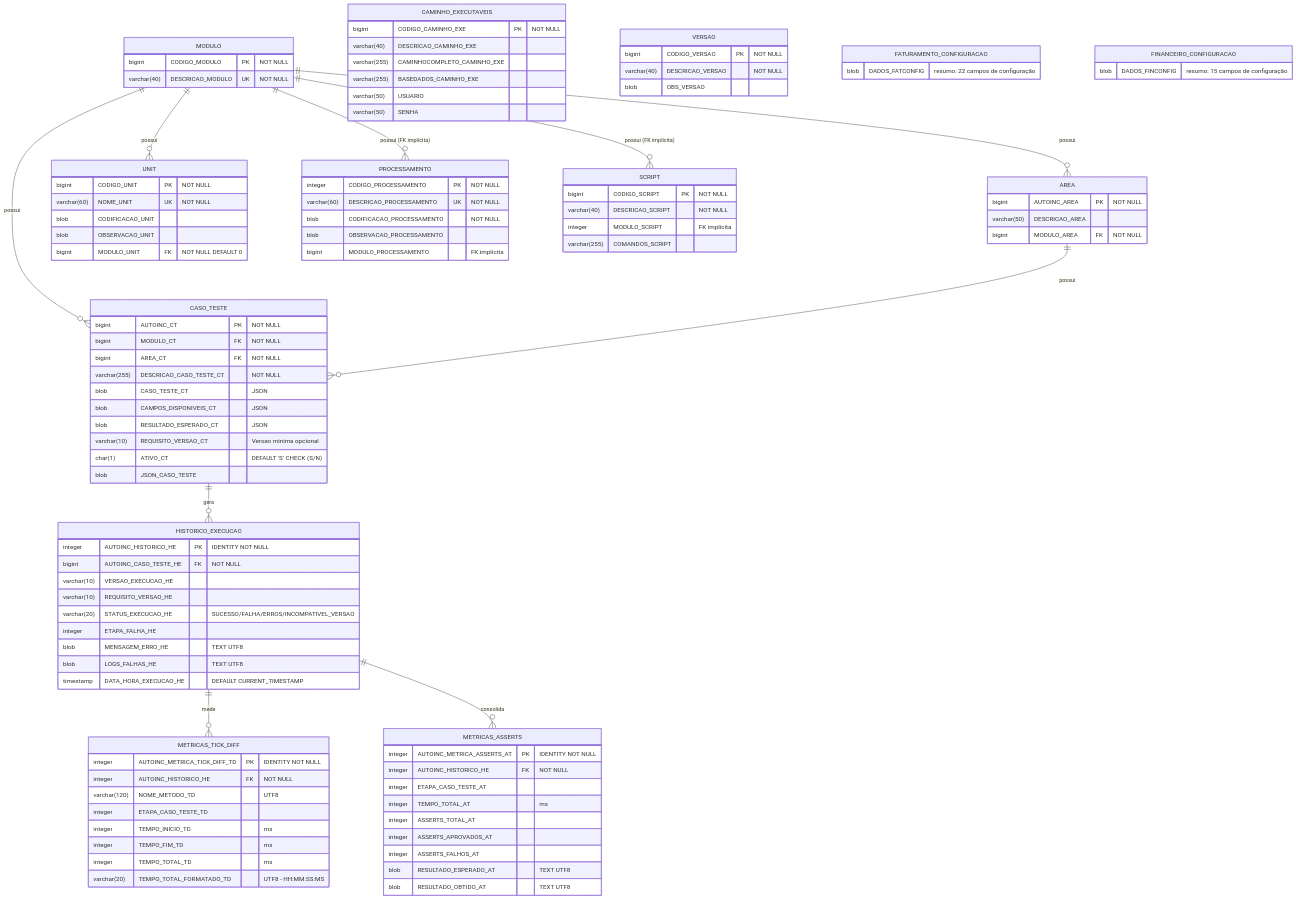
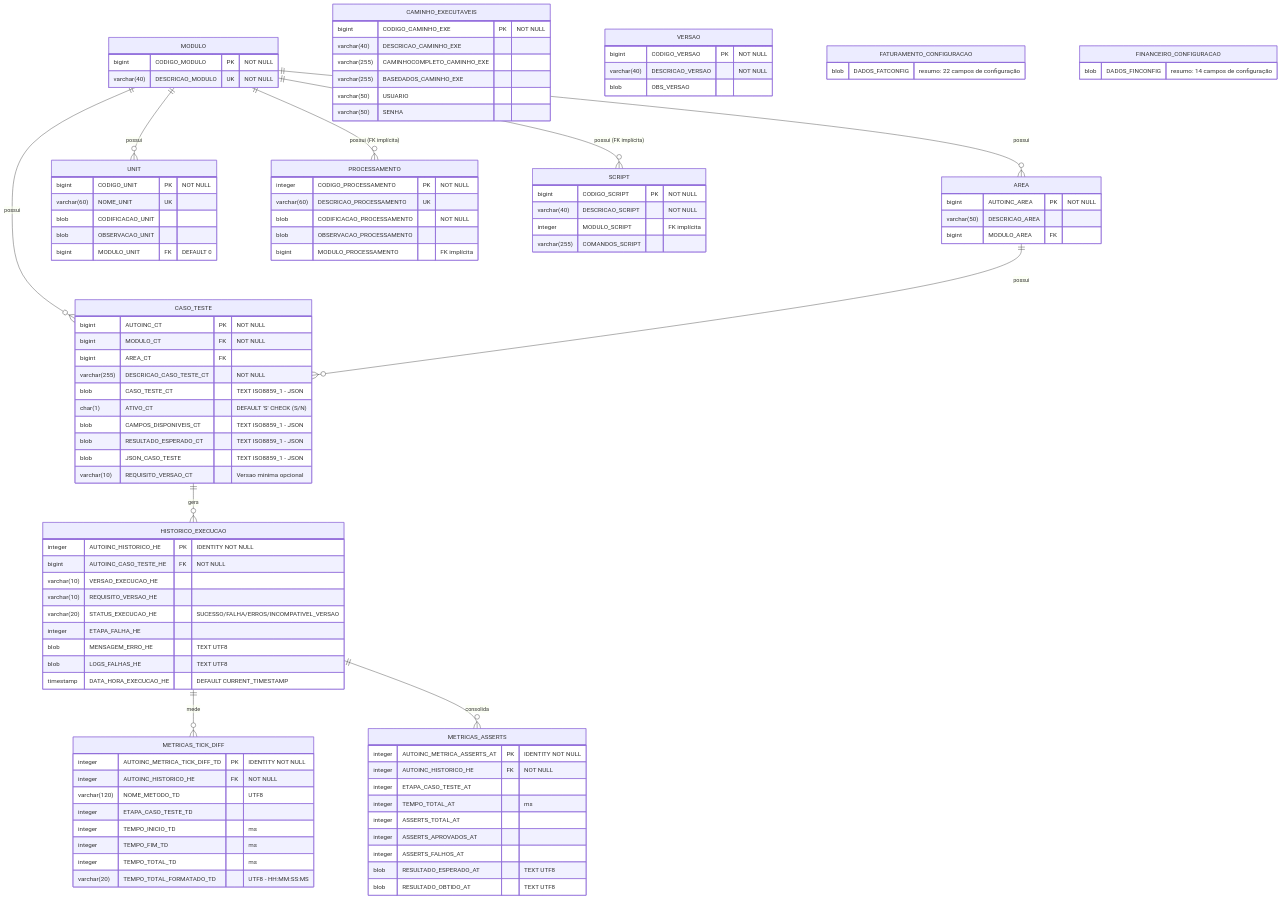
The diagram in docs/MER.md (ModulosTestesAutomatizados/TestesAutomatizadosERP), drawn with Mermaid before and after one commit. The commit also changed other lines of this file and 4 other files, not shown here.

```diff
--- a/docs/MER.md
+++ b/docs/MER.md
@@ -13,19 +13,19 @@
     AREA {
         bigint AUTOINC_AREA PK "NOT NULL"
         varchar(50) DESCRICAO_AREA
-        bigint MODULO_AREA FK "NOT NULL"
+        bigint MODULO_AREA FK
     }
     CASO_TESTE {
         bigint AUTOINC_CT PK "NOT NULL"
         bigint MODULO_CT FK "NOT NULL"
-        bigint AREA_CT FK "NOT NULL"
+        bigint AREA_CT FK
         varchar(255) DESCRICAO_CASO_TESTE_CT "NOT NULL"
-        blob CASO_TESTE_CT "JSON"
-        blob CAMPOS_DISPONIVEIS_CT "JSON"
-        blob RESULTADO_ESPERADO_CT "JSON"
+        blob CASO_TESTE_CT "TEXT ISO8859_1 - JSON"
+        char(1) ATIVO_CT "DEFAULT 'S' CHECK (S/N)"
+        blob CAMPOS_DISPONIVEIS_CT "TEXT ISO8859_1 - JSON"
+        blob RESULTADO_ESPERADO_CT "TEXT ISO8859_1 - JSON"
+        blob JSON_CASO_TESTE "TEXT ISO8859_1 - JSON"
         varchar(10) REQUISITO_VERSAO_CT "Versao minima opcional"
-        char(1) ATIVO_CT "DEFAULT 'S' CHECK (S/N)"
-        blob JSON_CASO_TESTE
     }
     HISTORICO_EXECUCAO {
         integer AUTOINC_HISTORICO_HE PK "IDENTITY NOT NULL"
@@ -61,14 +61,14 @@
     }
     UNIT {
         bigint CODIGO_UNIT PK "NOT NULL"
-        varchar(60) NOME_UNIT UK "NOT NULL"
+        varchar(60) NOME_UNIT UK
         blob CODIFICACAO_UNIT
         blob OBSERVACAO_UNIT
-        bigint MODULO_UNIT FK "NOT NULL DEFAULT 0"
+        bigint MODULO_UNIT FK "DEFAULT 0"
     }
     PROCESSAMENTO {
         integer CODIGO_PROCESSAMENTO PK "NOT NULL"
-        varchar(60) DESCRICAO_PROCESSAMENTO UK "NOT NULL"
+        varchar(60) DESCRICAO_PROCESSAMENTO UK
         blob CODIFICACAO_PROCESSAMENTO "NOT NULL"
         blob OBSERVACAO_PROCESSAMENTO
         bigint MODULO_PROCESSAMENTO "FK implícita"
@@ -96,7 +96,7 @@
         blob DADOS_FATCONFIG "resumo: 22 campos de configuração"
     }
     FINANCEIRO_CONFIGURACAO {
-        blob DADOS_FINCONFIG "resumo: 15 campos de configuração"
+        blob DADOS_FINCONFIG "resumo: 14 campos de configuração"
     }
 
     MODULO ||--o{ AREA : "possui"
```
